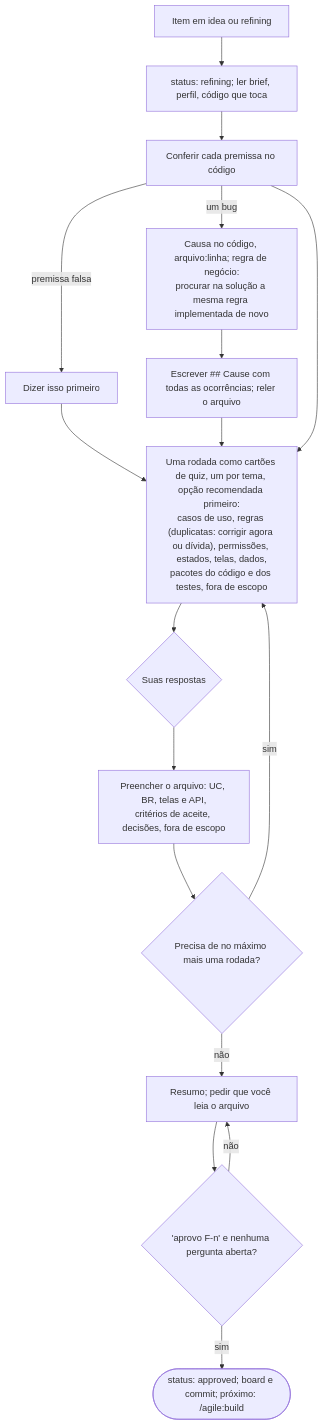
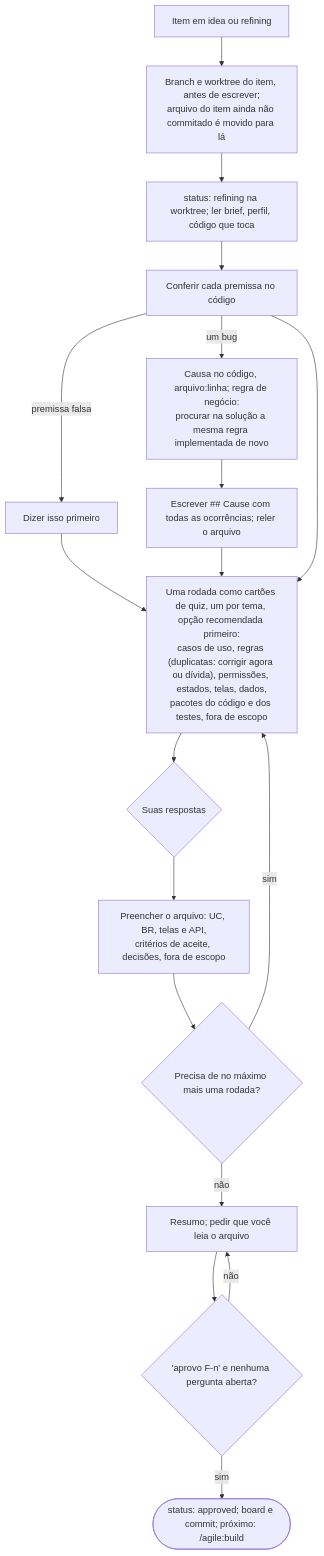
The seventh of 18 diagrams in docs/agile/workflow.pt-BR.md (alexcanario/simulab), drawn with Mermaid before and after one commit. The commit also changed other lines of this file and 7 other files, not shown here.

````diff
--- a/docs/agile/workflow.pt-BR.md
+++ b/docs/agile/workflow.pt-BR.md
@@ -1208,19 +1237,20 @@
 ```mermaid
 flowchart TD
-    A["Item em idea ou refining"] --> B["status: refining; ler brief, perfil, código que toca"]
+    A["Item em idea ou refining"] --> A1["Branch e worktree do item, antes de escrever;<br/>arquivo do item ainda não commitado é movido para lá"]
+    A1 --> B["status: refining na worktree; ler brief, perfil, código que toca"]
     B --> C["Conferir cada premissa no código"]
     C -->|premissa falsa| C1["Dizer isso primeiro"]
     C1 --> D
     C -->|um bug| C2["Causa no código, arquivo:linha; regra de negócio:<br/>procurar na solução a mesma regra implementada de novo"]
     C2 --> C3["Escrever ## Cause com todas as ocorrências; reler o arquivo"]
     C3 --> D
     C --> D["Uma rodada como cartões de quiz, um por tema, opção recomendada primeiro:<br/>casos de uso, regras (duplicatas: corrigir agora ou dívida), permissões, estados, telas, dados,<br/>pacotes do código e dos testes, fora de escopo"]
     D --> E{"Suas respostas"}
     E --> F["Preencher o arquivo: UC, BR, telas e API,<br/>critérios de aceite, decisões, fora de escopo"]
     F --> G{"Precisa de no máximo mais uma rodada?"}
     G -->|sim| D
     G -->|não| H["Resumo; pedir que você leia o arquivo"]
     H --> I{"'aprovo F-n' e nenhuma pergunta aberta?"}
     I -->|não| H
     I -->|sim| J(["status: approved; board e commit; próximo: /agile:build"])
 ```
````
